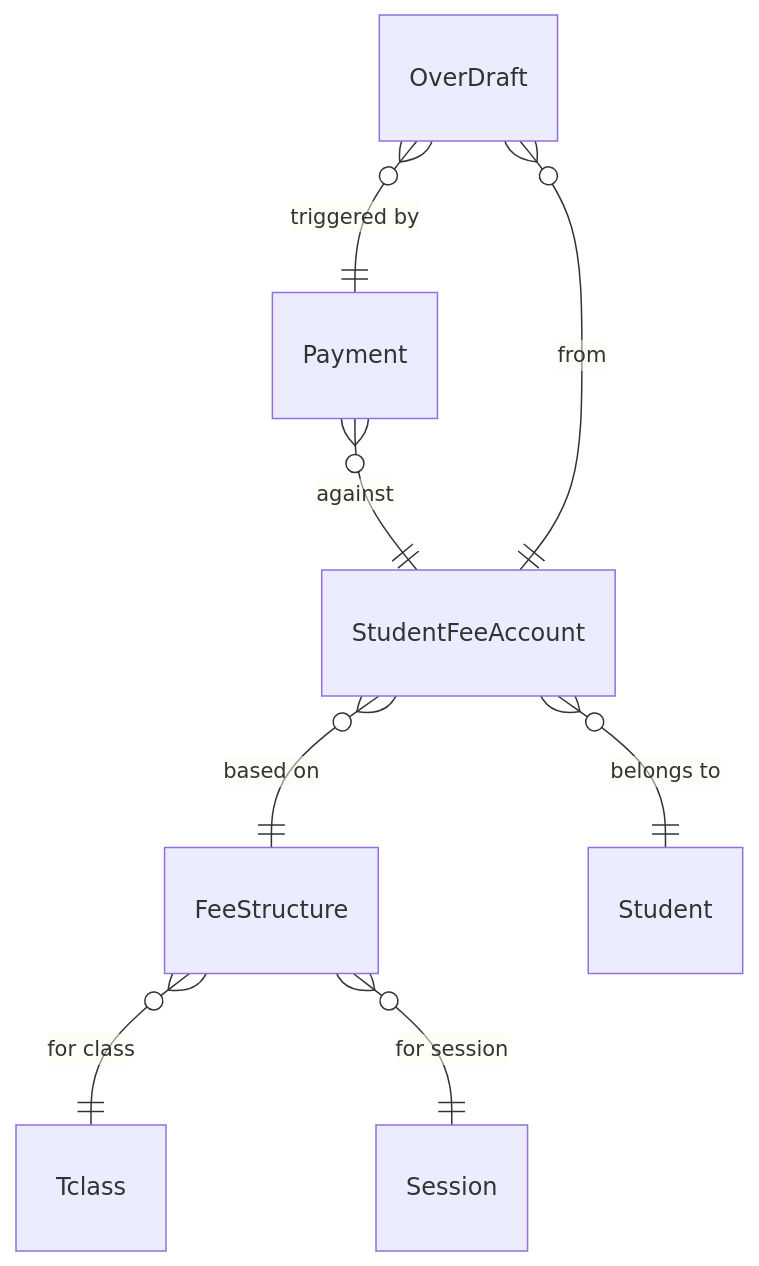
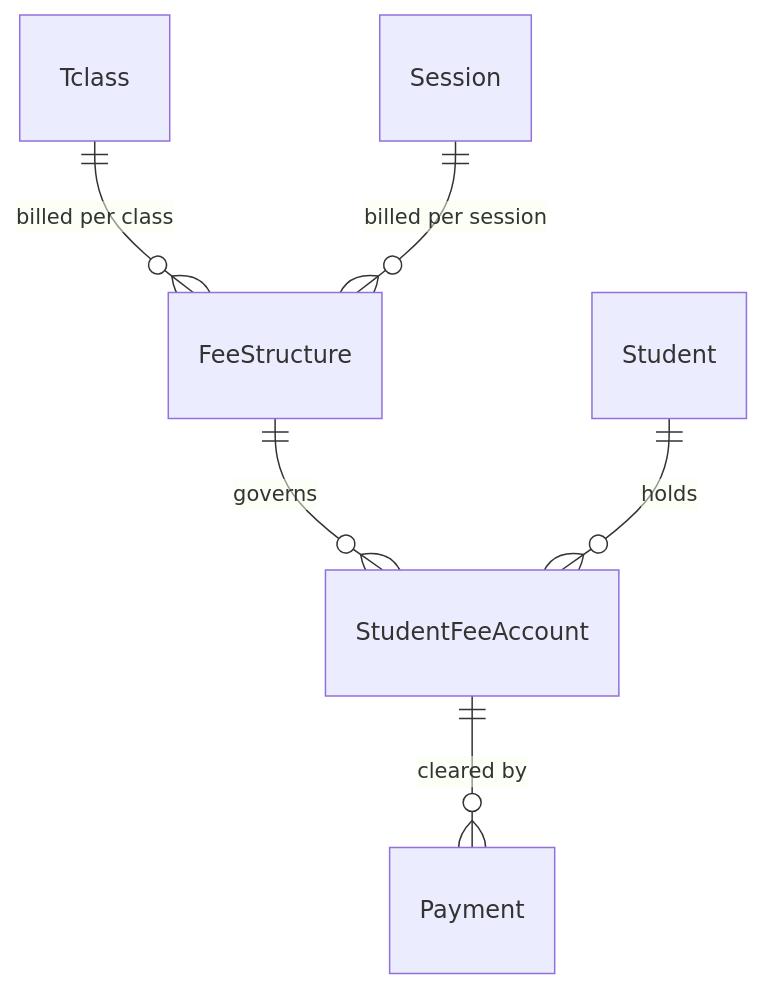
One commit to thelaughingbett/Naet changed the ninth of 17 diagrams in docs/er-diagram.md. Above: the diagram before and after it, drawn with Mermaid. The commit also changed other lines of this file and 14 other files, not shown here.

````diff
--- a/docs/er-diagram.md
+++ b/docs/er-diagram.md
@@ -59,10 +164,9 @@
 ```mermaid
 erDiagram
-  FeeStructure }o--|| Tclass : "for class"
-  FeeStructure }o--|| Session : "for session"
-  StudentFeeAccount }o--|| Student : "belongs to"
-  StudentFeeAccount }o--|| FeeStructure : "based on"
-  Payment }o--|| StudentFeeAccount : "against"
-  OverDraft }o--|| StudentFeeAccount : "from"
-  OverDraft }o--|| Payment : "triggered by"
+  direction TB
+  Tclass ||--o{ FeeStructure : "billed per class"
+  Session ||--o{ FeeStructure : "billed per session"
+  FeeStructure ||--o{ StudentFeeAccount : "governs"
+  Student ||--o{ StudentFeeAccount : "holds"
+  StudentFeeAccount ||--o{ Payment : "cleared by"
 ```
````
